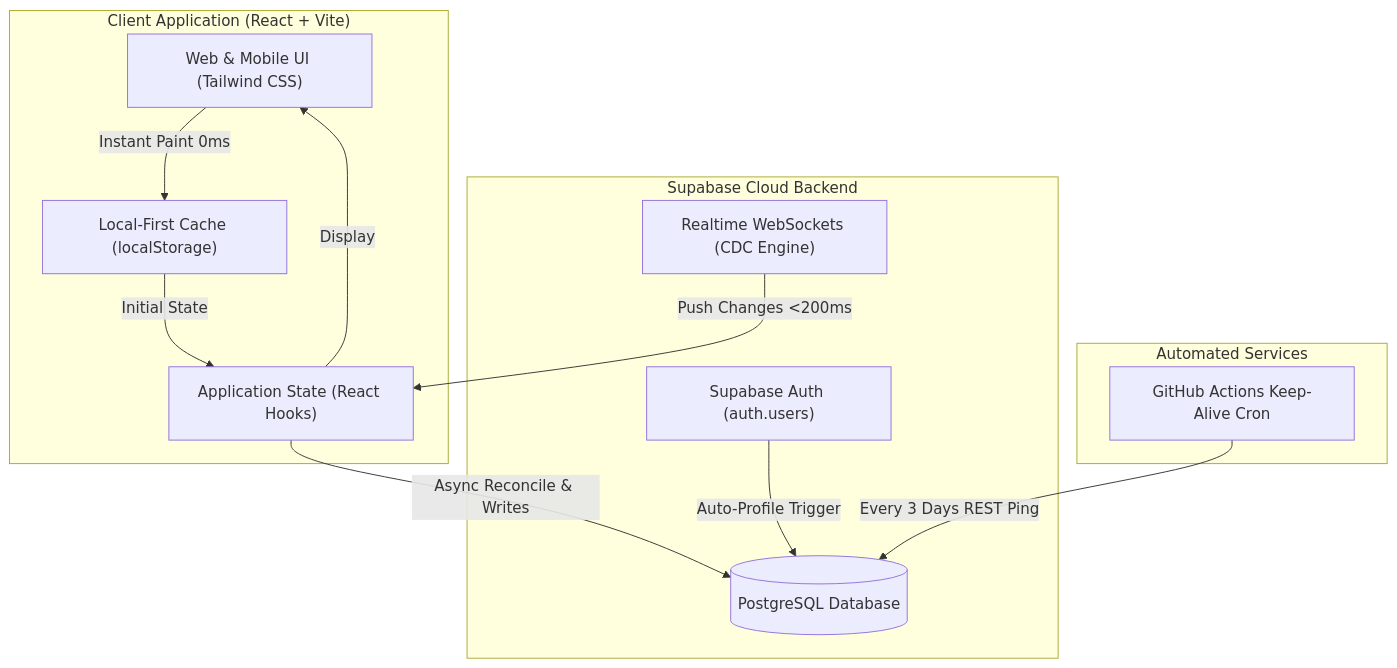
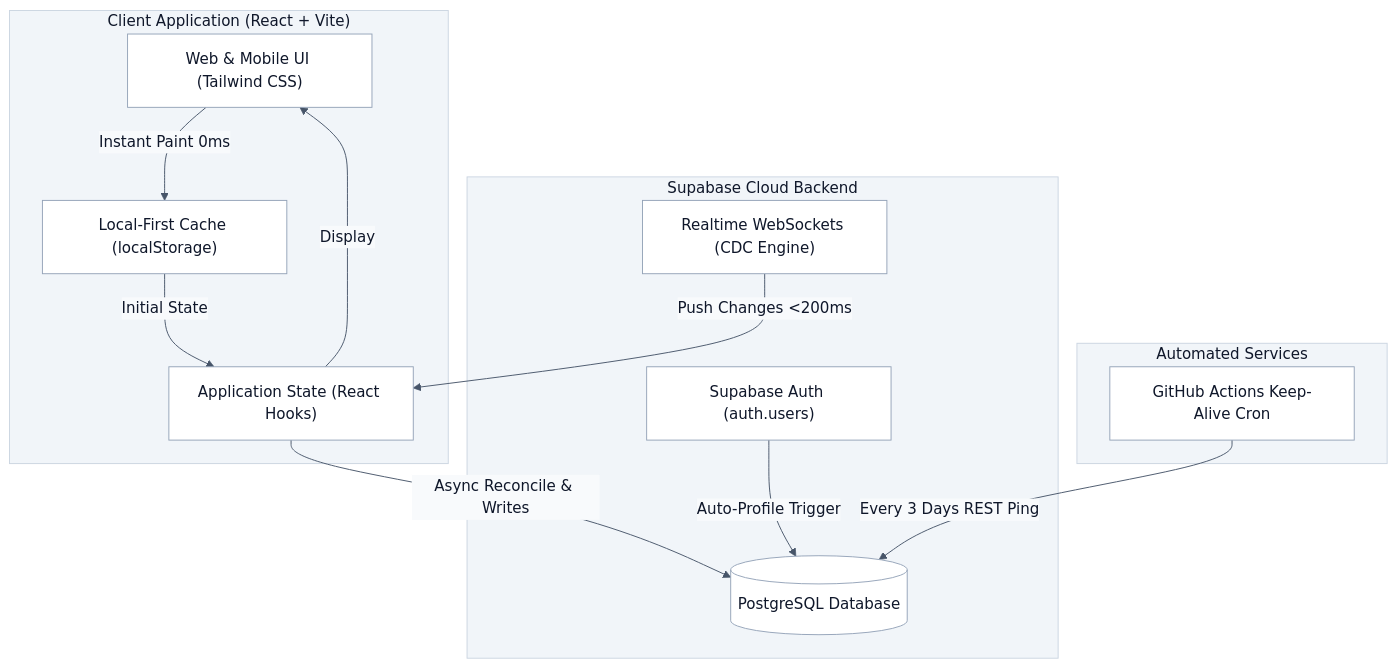
One commit to kai-zze/KM100-Stock changed the first of 4 diagrams in docs/APP_FLOWCHART.md. Above: the diagram before and after it, drawn with Mermaid. The commit also changed other lines of this file, not shown here.

Commit message:
docs: style flowcharts with explicit high-contrast light mode theme

````diff
--- a/docs/APP_FLOWCHART.md
+++ b/docs/APP_FLOWCHART.md
@@ -9,31 +9,36 @@
 ```mermaid
+%%{init: {'theme': 'base', 'themeVariables': { 'darkMode': false, 'background': '#ffffff', 'primaryColor': '#ffffff', 'primaryBorderColor': '#94a3b8', 'primaryTextColor': '#0f172a', 'lineColor': '#475569', 'secondaryColor': '#f8fafc', 'secondaryBorderColor': '#cbd5e1', 'secondaryTextColor': '#0f172a', 'tertiaryColor': '#f1f5f9', 'tertiaryBorderColor': '#cbd5e1', 'tertiaryTextColor': '#0f172a' }}}%%
 flowchart TD
     subgraph Client["Client Application (React + Vite)"]
         UI["Web & Mobile UI (Tailwind CSS)"]
         LocalCache["Local-First Cache (localStorage)"]
         State["Application State (React Hooks)"]
     end
 
     subgraph Supabase["Supabase Cloud Backend"]
         AuthService["Supabase Auth (auth.users)"]
         PostgresDB[("PostgreSQL Database")]
         RealtimeEngine["Realtime WebSockets (CDC Engine)"]
     end
 
     subgraph Automation["Automated Services"]
         GHA["GitHub Actions Keep-Alive Cron"]
     end
 
     %% Client Interactions
     UI -->|Instant Paint 0ms| LocalCache
     LocalCache -->|Initial State| State
     State -->|Display| UI
 
     %% Cloud Sync
     State -->|Async Reconcile & Writes| PostgresDB
     AuthService -->|Auto-Profile Trigger| PostgresDB
     RealtimeEngine -->|Push Changes <200ms| State
 
     %% Cron
     GHA -->|Every 3 Days REST Ping| PostgresDB
+
+    classDef default fill:#ffffff,stroke:#94a3b8,stroke-width:1px,color:#0f172a;
+    classDef highlight fill:#fffbeb,stroke:#b45309,stroke-width:2px,color:#78350f;
+    class UI,LocalCache,State,AuthService,PostgresDB,RealtimeEngine,GHA default;
 ```
````
